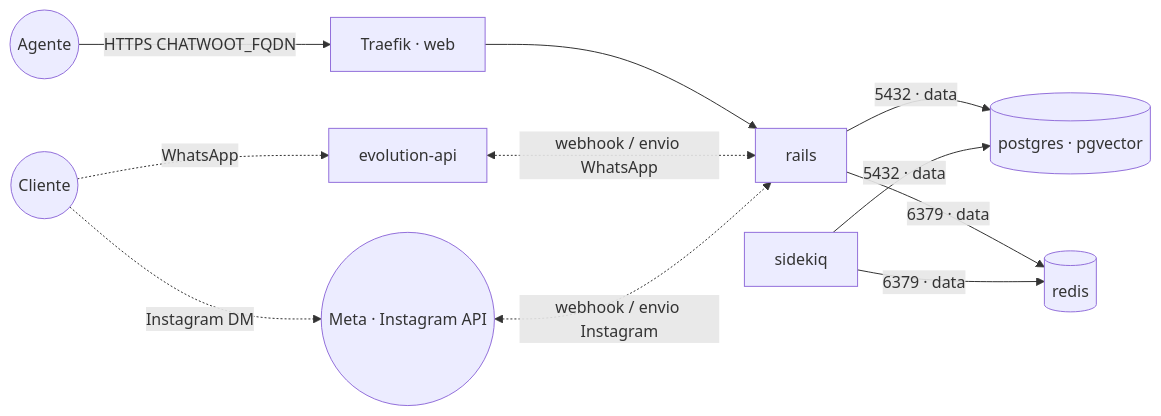
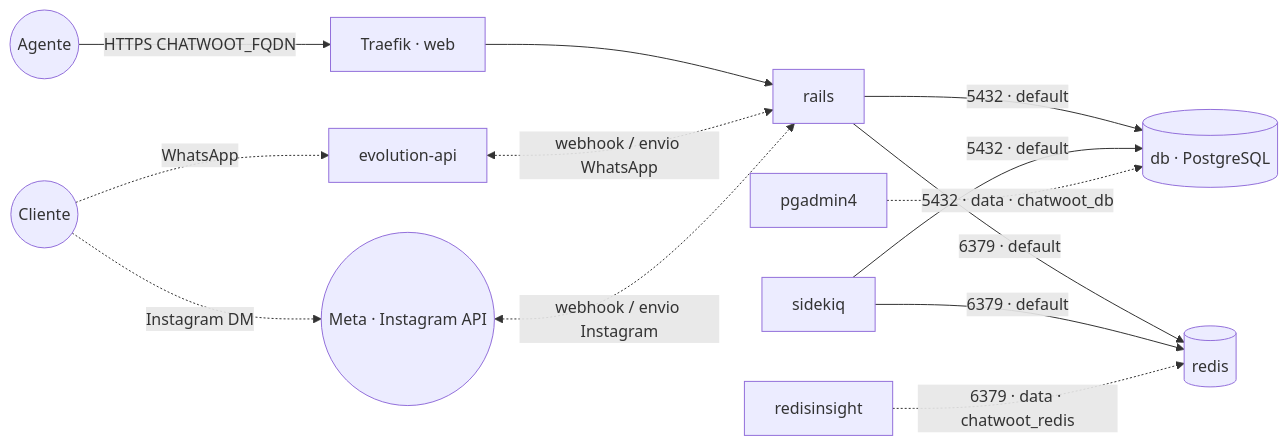
Before and after one commit to marcelofmatos/portainer-stacks: the diagram in chatwoot/README.md, drawn with Mermaid. The commit also changed other lines of this file and 23 other files, not shown here.

First line of the commit message:
Refactor stacks to use embedded PostgreSQL instead of shared instances

````diff
--- a/chatwoot/README.md
+++ b/chatwoot/README.md
@@ -17,13 +21,15 @@
 ```mermaid
 flowchart LR
     cliente((Cliente)) -.->|WhatsApp| evo[evolution-api]
     cliente -.->|Instagram DM| meta((Meta · Instagram API))
     agente((Agente)) -->|HTTPS CHATWOOT_FQDN| traefik[Traefik · web]
     traefik --> rails[rails]
-    rails -->|5432 · data| pg[(postgres · pgvector)]
-    rails -->|6379 · data| redis[(redis)]
-    sidekiq[sidekiq] -->|5432 · data| pg
-    sidekiq -->|6379 · data| redis
+    rails -->|5432 · default| db[(db · PostgreSQL)]
+    rails -->|6379 · default| redis[(redis)]
+    sidekiq[sidekiq] -->|5432 · default| db
+    sidekiq -->|6379 · default| redis
+    pg[pgadmin4] -.->|5432 · data · chatwoot_db| db
+    ri[redisinsight] -.->|6379 · data · chatwoot_redis| redis
     evo <-.->|webhook / envio WhatsApp| rails
     meta <-.->|webhook / envio Instagram| rails
 ```
````
